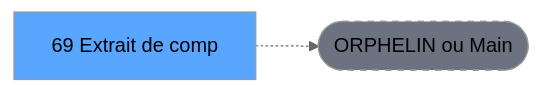
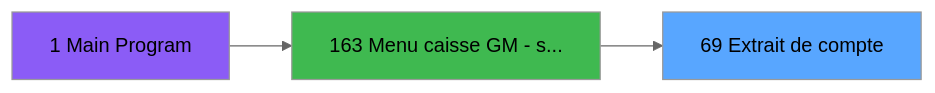
The third of 4 diagrams in .openspec/specs/ADH-IDE-69.md (thonyAGP/lecteur-magic), drawn with Mermaid (neutral theme) before and after one commit. The commit also changed other lines of this file and 96 other files, not shown here.

````diff
--- a/.openspec/specs/ADH-IDE-69.md
+++ b/.openspec/specs/ADH-IDE-69.md
@@ -131,8 +1454,11 @@
 ```mermaid
 graph LR
-    T[69 Extrait de comp]
-    ORPHAN([ORPHELIN ou Main])
-    T -.-> ORPHAN
-    style T fill:#58a6ff,color:#000
-    style ORPHAN fill:#6b7280,stroke-dasharray: 5 5
+    T69[69 Extrait de compte]
+    style T69 fill:#58a6ff
+    CC1[1 Main Program]
+    style CC1 fill:#8b5cf6
+    CC163[163 Menu caisse GM - s...]
+    style CC163 fill:#3fb950
+    CC1 --> CC163
+    CC163 --> T69
 ```
````
